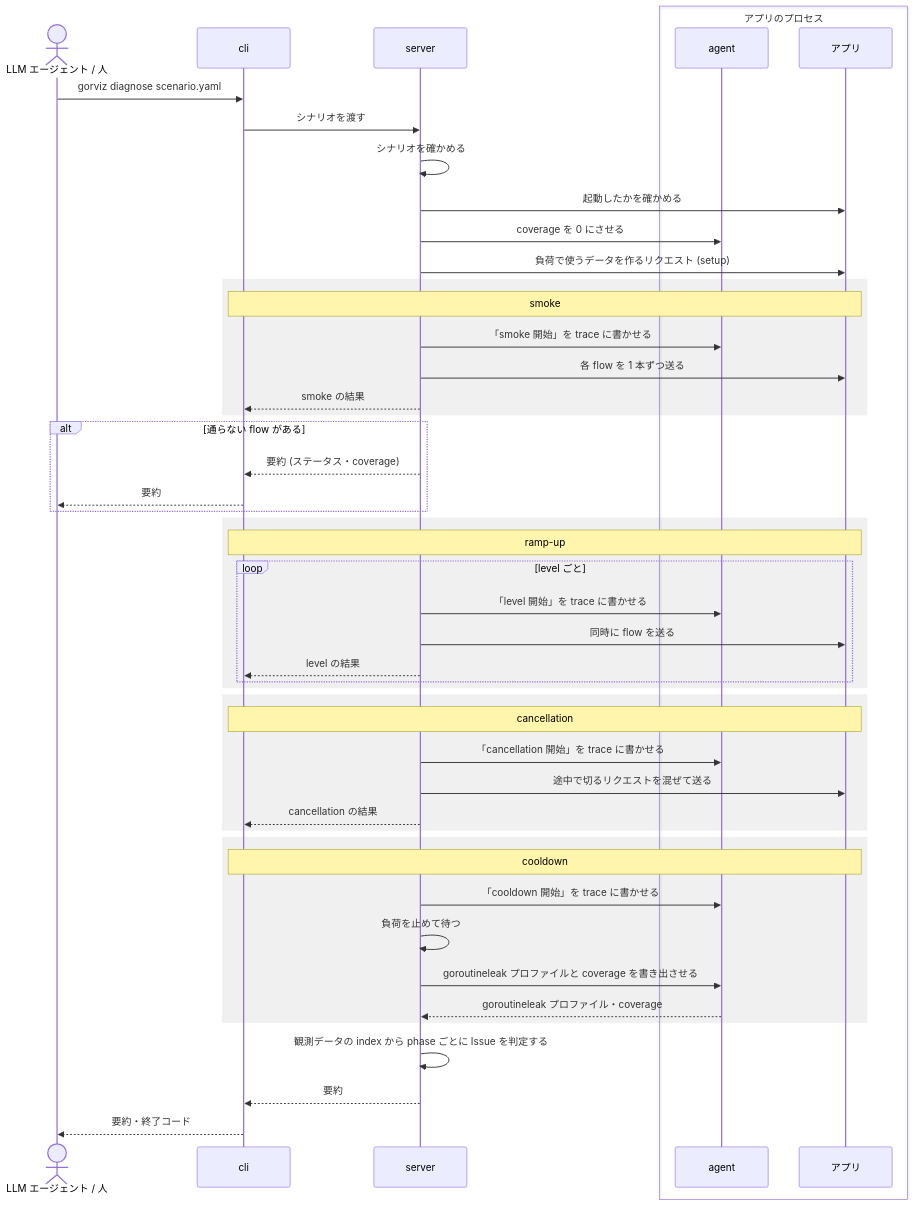
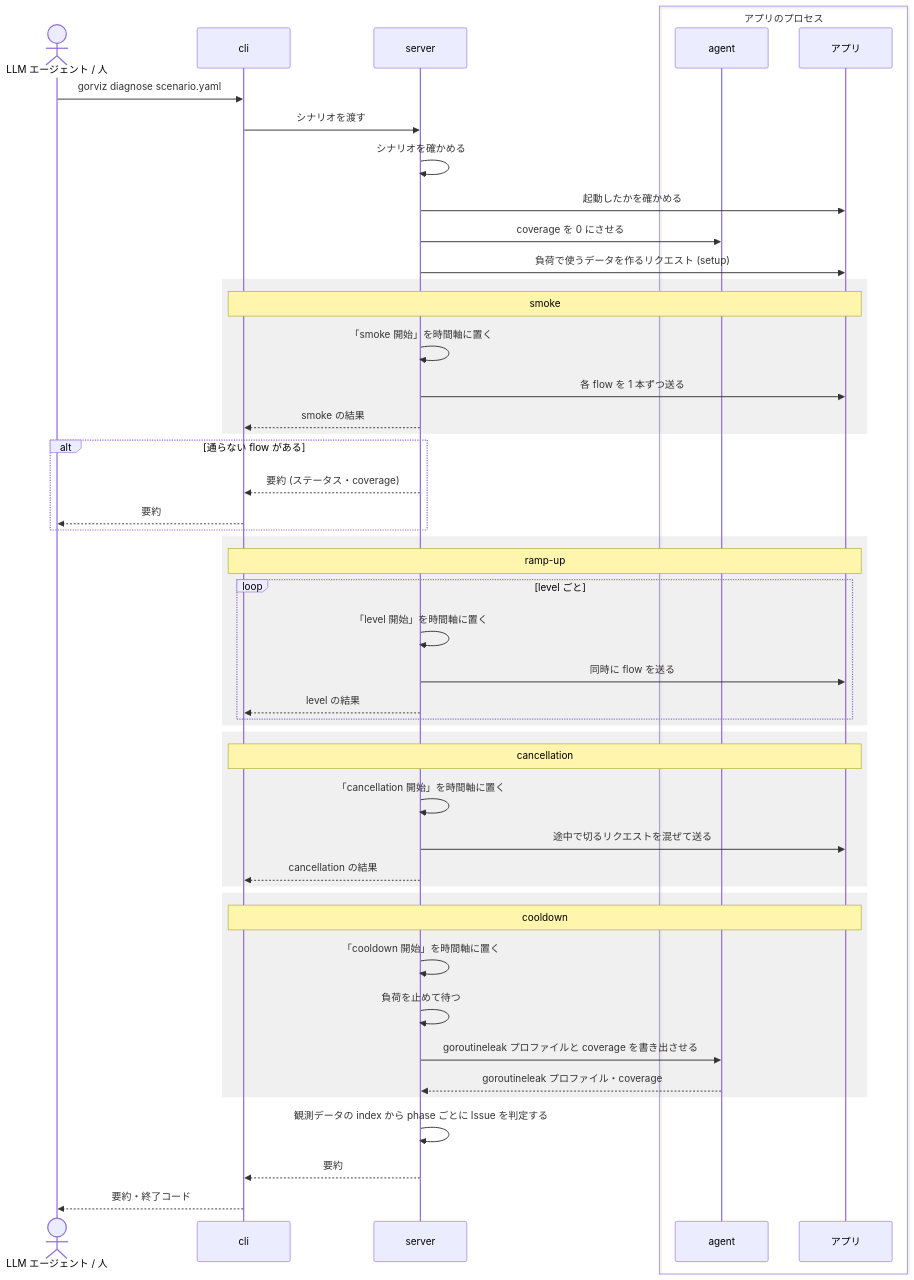
Before and after one commit to kakkky/gorviz: the fourth of 7 diagrams in docs/design.md, drawn with Mermaid. The commit also changed other lines of this file and 1 other file, not shown here.

First line of the commit message:
docs: let the agent push only the trace and its hello and bye and answer the server's requests otherwise, keep the marks on the server's clock, and take the goroutineleak profile when the waiting goroutines grew

````diff
--- a/docs/design.md
+++ b/docs/design.md
@@ -166,56 +166,56 @@
 ```mermaid
 sequenceDiagram
     actor L as LLM エージェント / 人
     participant C as cli
     participant S as server
     box アプリのプロセス
         participant A as agent
         participant App as アプリ
     end
 
     L->>C: gorviz diagnose scenario.yaml
     C->>S: シナリオを渡す
     S->>S: シナリオを確かめる
     S->>App: 起動したかを確かめる
     S->>A: coverage を 0 にさせる
     S->>App: 負荷で使うデータを作るリクエスト (setup)
 
     rect rgba(128, 128, 128, 0.12)
         Note over C,App: smoke
-        S->>A: 「smoke 開始」を trace に書かせる
+        S->>S: 「smoke 開始」を時間軸に置く
         S->>App: 各 flow を 1 本ずつ送る
         S-->>C: smoke の結果
     end
     alt 通らない flow がある
         S-->>C: 要約 (ステータス・coverage)
         C-->>L: 要約
     end
 
     rect rgba(128, 128, 128, 0.12)
         Note over C,App: ramp-up
         loop level ごと
-            S->>A: 「level 開始」を trace に書かせる
+            S->>S: 「level 開始」を時間軸に置く
             S->>App: 同時に flow を送る
             S-->>C: level の結果
         end
     end
 
     rect rgba(128, 128, 128, 0.12)
         Note over C,App: cancellation
-        S->>A: 「cancellation 開始」を trace に書かせる
+        S->>S: 「cancellation 開始」を時間軸に置く
         S->>App: 途中で切るリクエストを混ぜて送る
         S-->>C: cancellation の結果
     end
 
     rect rgba(128, 128, 128, 0.12)
         Note over C,App: cooldown
-        S->>A: 「cooldown 開始」を trace に書かせる
+        S->>S: 「cooldown 開始」を時間軸に置く
         S->>S: 負荷を止めて待つ
         S->>A: goroutineleak プロファイルと coverage を書き出させる
         A-->>S: goroutineleak プロファイル・coverage
     end
 
     S->>S: 観測データの index から phase ごとに Issue を判定する
     S-->>C: 要約
     C-->>L: 要約・終了コード
 ```
````
